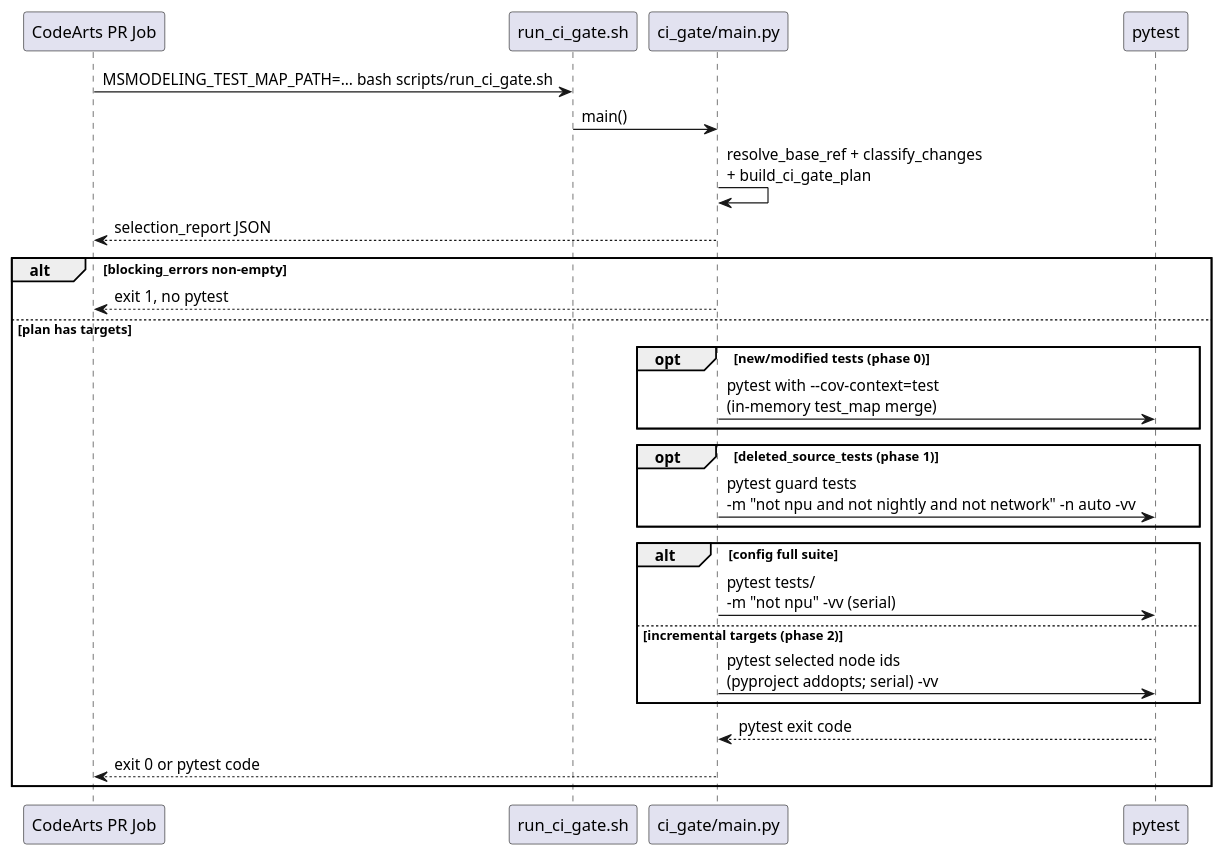
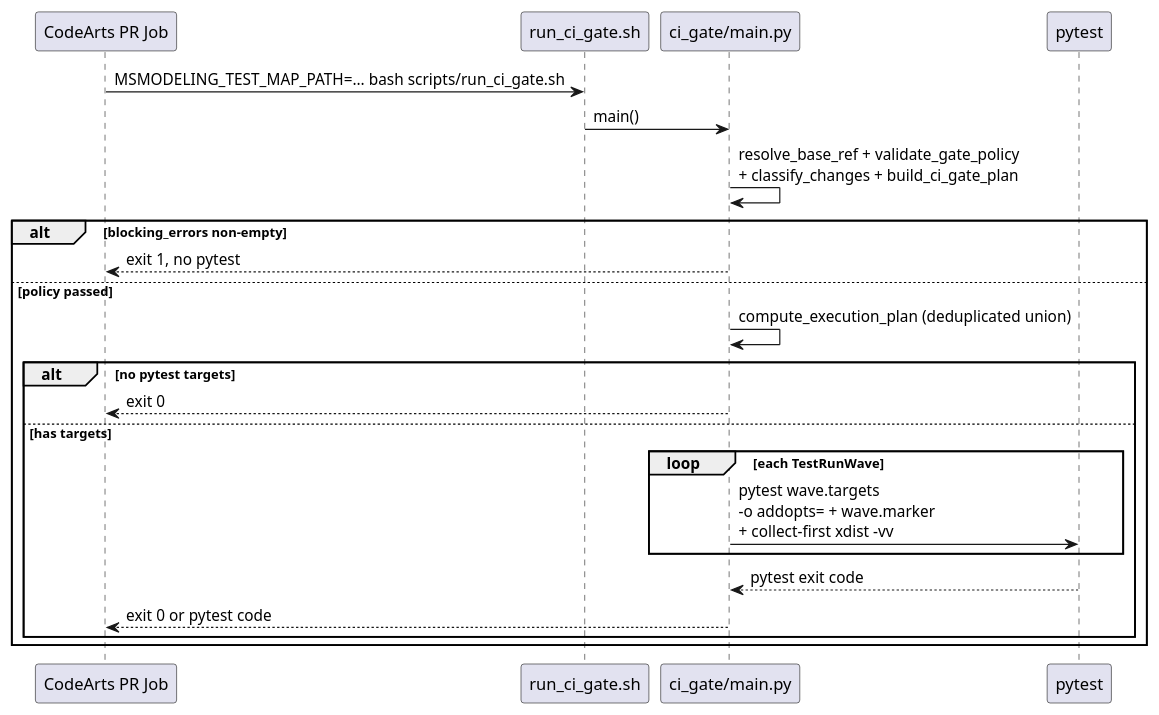
The second of 4 diagrams in docs/design/ut_refactor.md (Ascend/msmodeling), drawn with PlantUML before and after one commit. The commit also changed other lines of this file and 32 other files, not shown here.

First paragraph of the commit message:
【REFACTOR】CI Gate 联合执行与 Nightly 流水线加固

````diff
--- a/docs/design/ut_refactor.md
+++ b/docs/design/ut_refactor.md
@@ -288,32 +290,28 @@
 ```plantuml
 @startuml
 skinparam shadowing false
 participant "CodeArts PR Job" as job
 participant "run_ci_gate.sh" as sh
 participant "ci_gate/main.py" as cg
 participant "pytest" as py
 
 job -> sh : MSMODELING_TEST_MAP_PATH=… bash scripts/run_ci_gate.sh
 sh -> cg : main()
-cg -> cg : resolve_base_ref + classify_changes\n+ build_ci_gate_plan
-cg --> job : selection_report JSON
+cg -> cg : resolve_base_ref + validate_gate_policy\n+ classify_changes + build_ci_gate_plan
 
 alt blocking_errors non-empty
   cg --> job : exit 1, no pytest
-else plan has targets
-  opt new/modified tests (phase 0)
-    cg -> py : pytest with --cov-context=test\n(in-memory test_map merge)
+else policy passed
+  cg -> cg : compute_execution_plan (deduplicated union)
+  alt no pytest targets
+    cg --> job : exit 0
+  else has targets
+    loop each TestRunWave
+      cg -> py : pytest wave.targets\n-o addopts= + wave.marker\n+ collect-first xdist -vv
+    end
+    py --> cg : pytest exit code
+    cg --> job : exit 0 or pytest code
   end
-  opt deleted_source_tests (phase 1)
-    cg -> py : pytest guard tests\n-m "not npu and not nightly and not network" -n auto -vv
-  end
-  alt config full suite
-    cg -> py : pytest tests/\n-m "not npu" -vv (serial)
-  else incremental targets (phase 2)
-    cg -> py : pytest selected node ids\n(pyproject addopts; serial) -vv
-  end
-  py --> cg : pytest exit code
-  cg --> job : exit 0 or pytest code
 end
 @enduml
 ```
````
